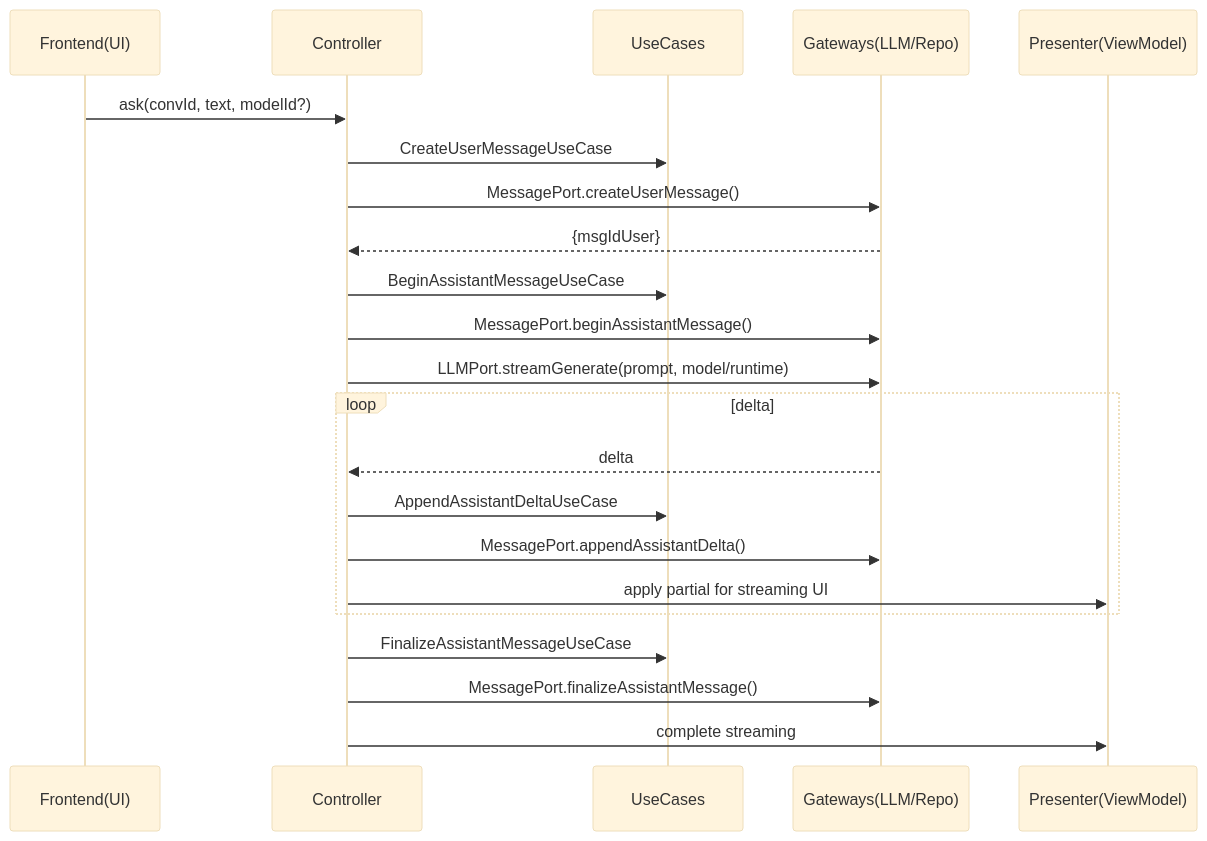
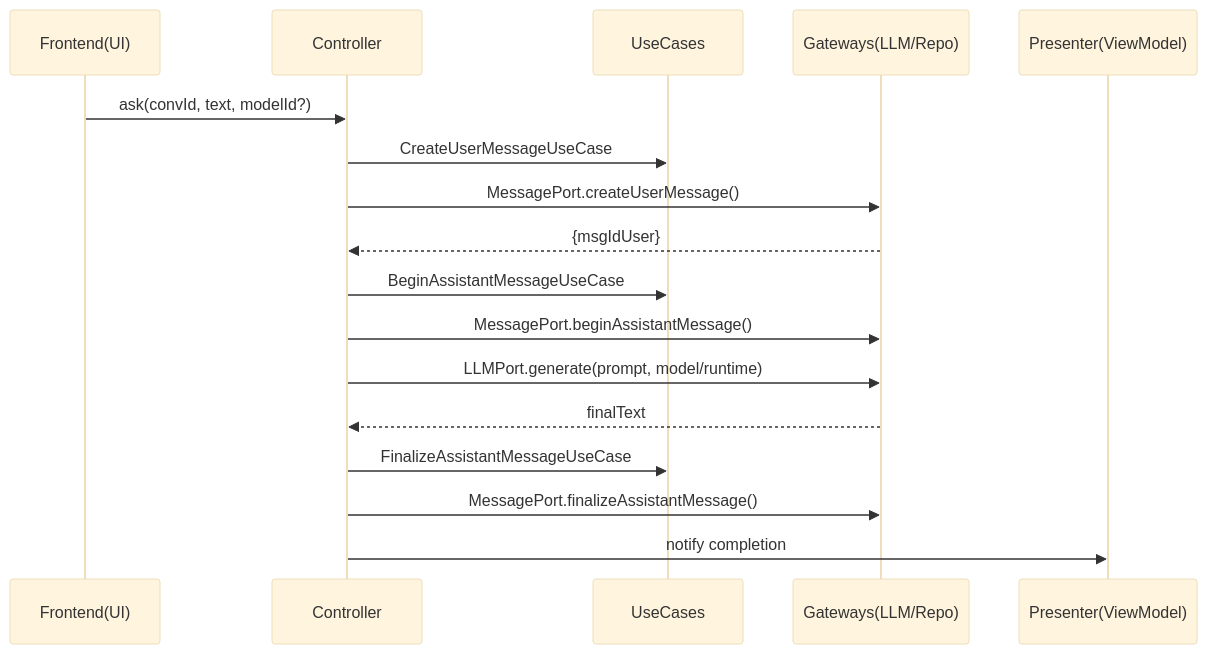
The diagram in docs/仕様Usecase.md (CHOI-0330/RetentionEngineView), drawn with Mermaid (base theme) before and after one commit. The commit also changed other lines of this file and 15 other files, not shown here.

````diff
--- a/docs/仕様Usecase.md
+++ b/docs/仕様Usecase.md
@@ -192,25 +180,20 @@
 ```mermaid
 sequenceDiagram
   participant UI as Frontend(UI)
   participant CT as Controller
   participant UC as UseCases
   participant GP as Gateways(LLM/Repo)
   participant VM as Presenter(ViewModel)
 
   UI->>CT: ask(convId, text, modelId?)
   CT->>UC: CreateUserMessageUseCase
   CT->>GP: MessagePort.createUserMessage()
   GP-->>CT: {msgIdUser}
   CT->>UC: BeginAssistantMessageUseCase
   CT->>GP: MessagePort.beginAssistantMessage()
-  CT->>GP: LLMPort.streamGenerate(prompt, model/runtime)
-  loop delta
-    GP-->>CT: delta
-    CT->>UC: AppendAssistantDeltaUseCase
-    CT->>GP: MessagePort.appendAssistantDelta()
-    CT->>VM: apply partial for streaming UI
-  end
+  CT->>GP: LLMPort.generate(prompt, model/runtime)
+  GP-->>CT: finalText
   CT->>UC: FinalizeAssistantMessageUseCase
   CT->>GP: MessagePort.finalizeAssistantMessage()
-  CT->>VM: complete streaming
+  CT->>VM: notify completion
 ```
````
